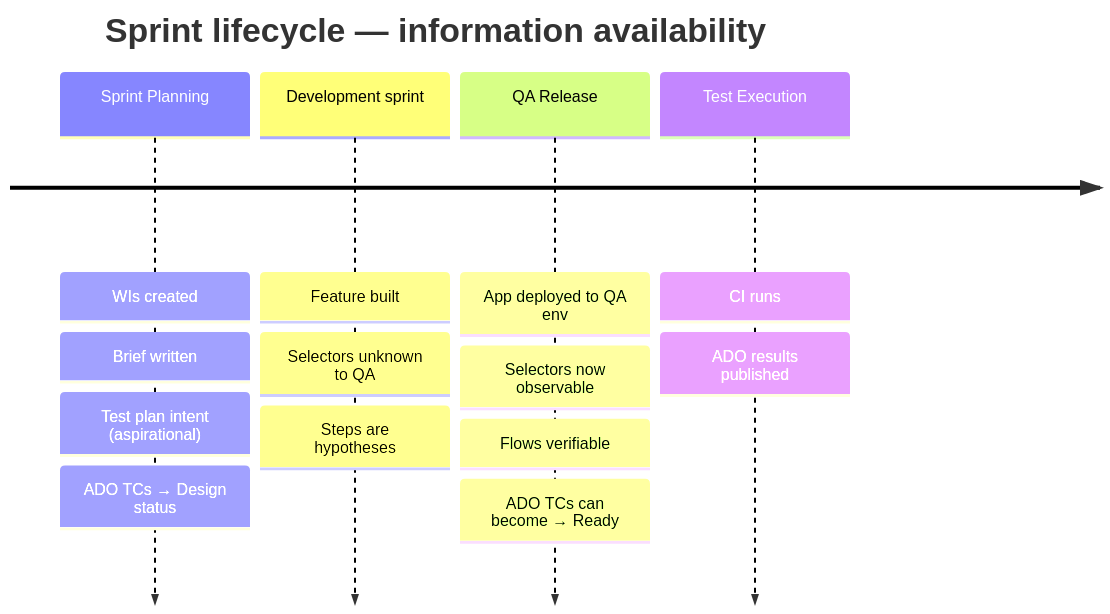
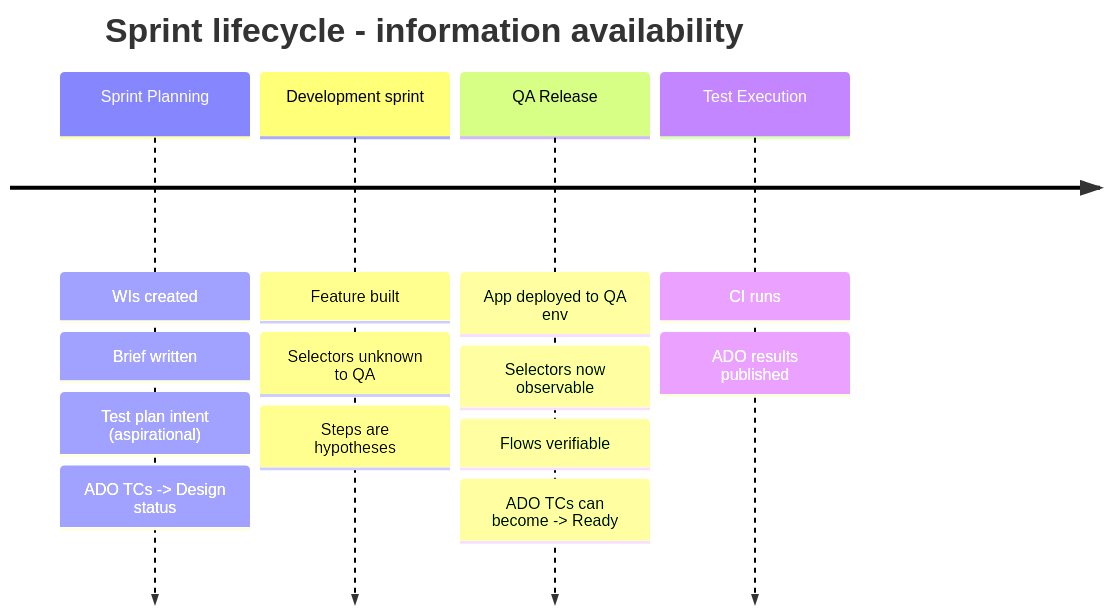
The second of 3 diagrams in meta/iteration-01-process-analysis.md (keber/qa-framework), drawn with Mermaid before and after one commit. The commit also changed other lines of this file and 2 other files, not shown here.

First line of the commit message:
fix(docs): replace arrows in ASCII diagrams with ASCII equivalents

````diff
--- a/meta/iteration-01-process-analysis.md
+++ b/meta/iteration-01-process-analysis.md
@@ -113,17 +113,17 @@
 ```mermaid
 timeline
-    title Sprint lifecycle — information availability
+    title Sprint lifecycle - information availability
     Sprint Planning : WIs created
                     : Brief written
                     : Test plan intent (aspirational)
-                    : ADO TCs → Design status
+                    : ADO TCs -> Design status
     Development sprint : Feature built
                        : Selectors unknown to QA
                        : Steps are hypotheses
     QA Release : App deployed to QA env
                : Selectors now observable
                : Flows verifiable
-               : ADO TCs can become → Ready
+               : ADO TCs can become -> Ready
     Test Execution : CI runs
                    : ADO results published
 ```
````
